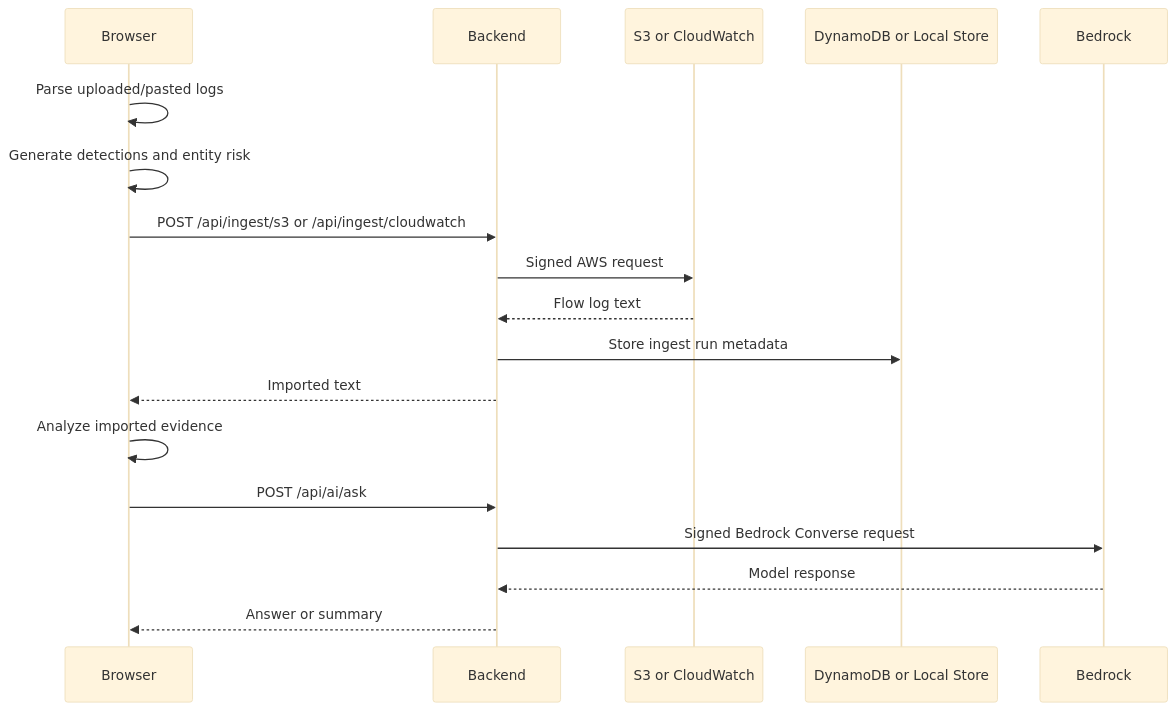
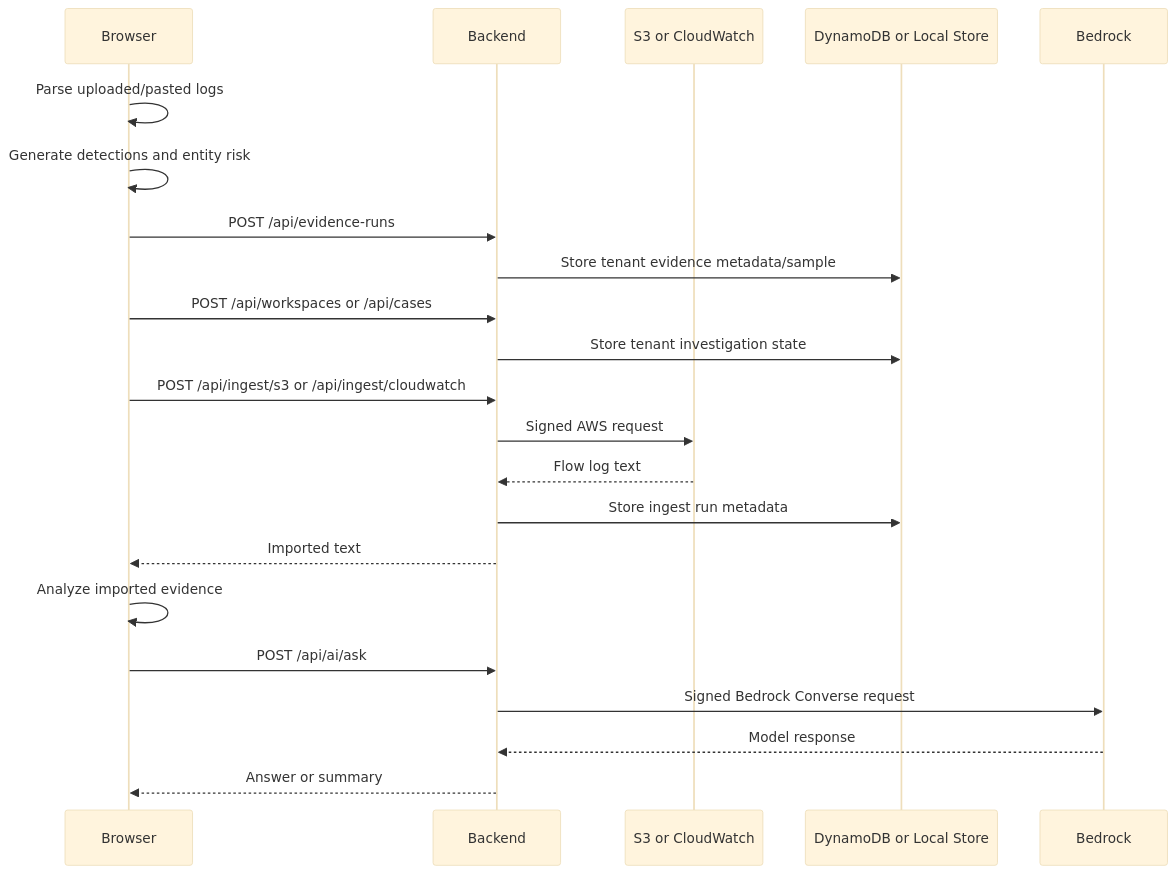
Before and after one commit to jaysonguglietta/SignalPrismNDR: the second of 2 diagrams in docs/ARCHITECTURE.md, drawn with Mermaid (base theme). The commit also changed other lines of this file and 24 other files, not shown here.

````diff
--- a/docs/ARCHITECTURE.md
+++ b/docs/ARCHITECTURE.md
@@ -104,21 +119,25 @@
 ```mermaid
 sequenceDiagram
   participant B as Browser
   participant A as Backend
   participant S as S3 or CloudWatch
   participant D as DynamoDB or Local Store
   participant R as Bedrock
 
   B->>B: Parse uploaded/pasted logs
   B->>B: Generate detections and entity risk
+  B->>A: POST /api/evidence-runs
+  A->>D: Store tenant evidence metadata/sample
+  B->>A: POST /api/workspaces or /api/cases
+  A->>D: Store tenant investigation state
   B->>A: POST /api/ingest/s3 or /api/ingest/cloudwatch
   A->>S: Signed AWS request
   S-->>A: Flow log text
   A->>D: Store ingest run metadata
   A-->>B: Imported text
   B->>B: Analyze imported evidence
   B->>A: POST /api/ai/ask
   A->>R: Signed Bedrock Converse request
   R-->>A: Model response
   A-->>B: Answer or summary
 ```
````
